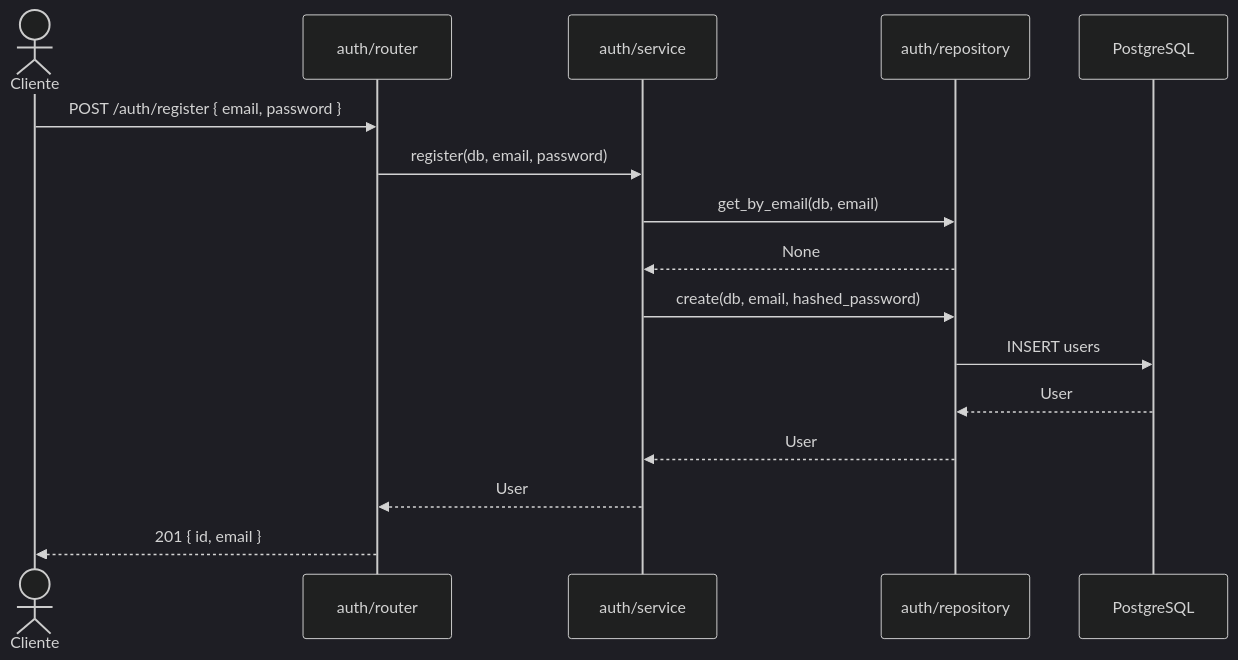
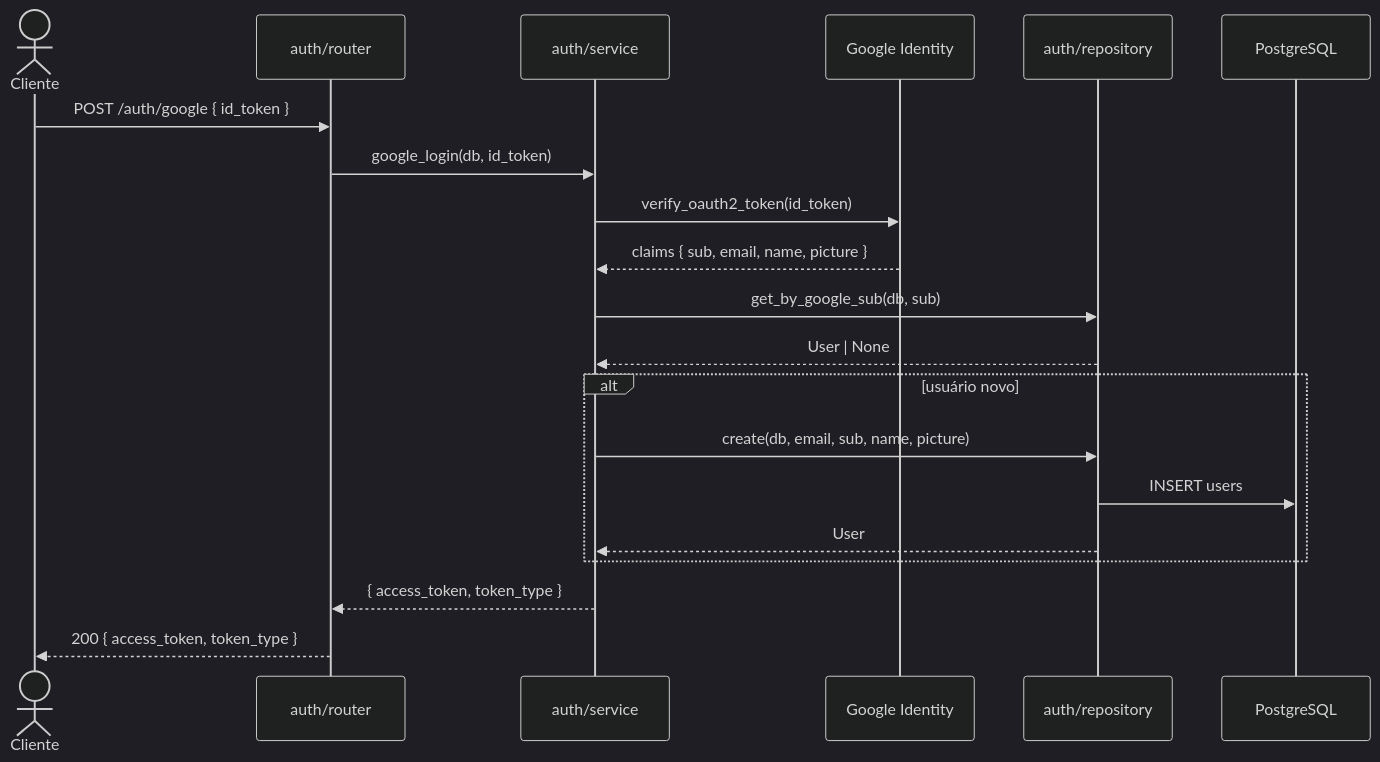
Before and after one commit to LuisHenriqueDaSilv/ISCTools-backend: the first of 3 diagrams in README.md, drawn with Mermaid (dark theme). The commit also changed other lines of this file and 7 other files, not shown here.

````diff
--- a/README.md
+++ b/README.md
@@ -52,19 +74,23 @@
 ```mermaid
 sequenceDiagram
     actor Cliente
     participant Router as auth/router
     participant Service as auth/service
+    participant Google as Google Identity
     participant Repo as auth/repository
     participant DB as PostgreSQL
 
-    Cliente->>Router: POST /auth/register { email, password }
-    Router->>Service: register(db, email, password)
-    Service->>Repo: get_by_email(db, email)
-    Repo-->>Service: None
-    Service->>Repo: create(db, email, hashed_password)
-    Repo->>DB: INSERT users
-    DB-->>Repo: User
-    Repo-->>Service: User
-    Service-->>Router: User
-    Router-->>Cliente: 201 { id, email }
+    Cliente->>Router: POST /auth/google { id_token }
+    Router->>Service: google_login(db, id_token)
+    Service->>Google: verify_oauth2_token(id_token)
+    Google-->>Service: claims { sub, email, name, picture }
+    Service->>Repo: get_by_google_sub(db, sub)
+    Repo-->>Service: User | None
+    alt usuário novo
+        Service->>Repo: create(db, email, sub, name, picture)
+        Repo->>DB: INSERT users
+        Repo-->>Service: User
+    end
+    Service-->>Router: { access_token, token_type }
+    Router-->>Cliente: 200 { access_token, token_type }
 ```
````
